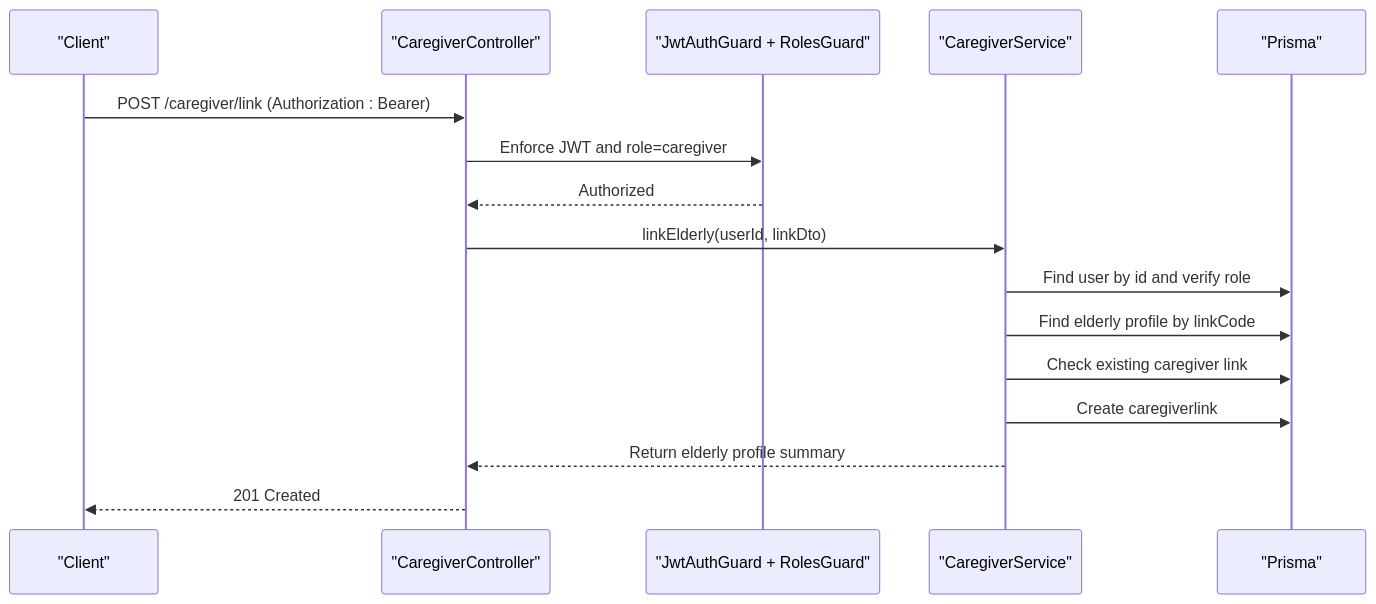
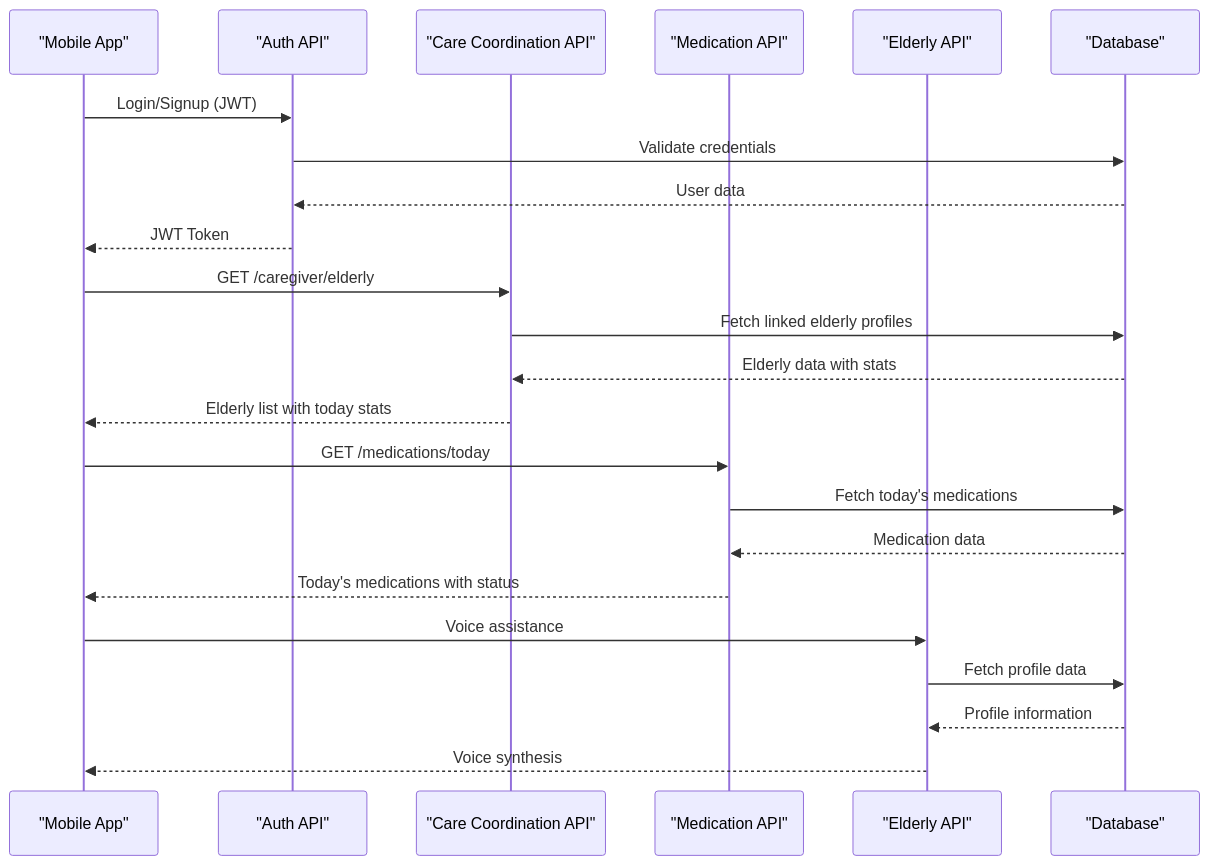
Before and after one commit to jairosouza67/99-Pai: the third of 8 diagrams in .qoder/repowiki/en/content/Caregiver Integration.md, drawn with Mermaid. The commit also changed other lines of this file and 17 other files, not shown here.

````diff
--- a/.qoder/repowiki/en/content/Caregiver Integration.md
+++ b/.qoder/repowiki/en/content/Caregiver Integration.md
@@ -137,18 +214,25 @@
 ```mermaid
 sequenceDiagram
-participant Client as "Client"
-participant Ctrl as "CaregiverController"
-participant Guard as "JwtAuthGuard + RolesGuard"
-participant Svc as "CaregiverService"
-participant DB as "Prisma"
-Client->>Ctrl : POST /caregiver/link (Authorization : Bearer)
-Ctrl->>Guard : Enforce JWT and role=caregiver
-Guard-->>Ctrl : Authorized
-Ctrl->>Svc : linkElderly(userId, linkDto)
-Svc->>DB : Find user by id and verify role
-Svc->>DB : Find elderly profile by linkCode
-Svc->>DB : Check existing caregiver link
-Svc->>DB : Create caregiverlink
-Svc-->>Ctrl : Return elderly profile summary
-Ctrl-->>Client : 201 Created
+participant Mobile as "Mobile App"
+participant AuthAPI as "Auth API"
+participant CareAPI as "Care Coordination API"
+participant MedAPI as "Medication API"
+participant ElderlyAPI as "Elderly API"
+participant DB as "Database"
+Mobile->>AuthAPI : Login/Signup (JWT)
+AuthAPI->>DB : Validate credentials
+DB-->>AuthAPI : User data
+AuthAPI-->>Mobile : JWT Token
+Mobile->>CareAPI : GET /caregiver/elderly
+CareAPI->>DB : Fetch linked elderly profiles
+DB-->>CareAPI : Elderly data with stats
+CareAPI-->>Mobile : Elderly list with today stats
+Mobile->>MedAPI : GET /medications/today
+MedAPI->>DB : Fetch today's medications
+DB-->>MedAPI : Medication data
+MedAPI-->>Mobile : Today's medications with status
+Mobile->>ElderlyAPI : Voice assistance
+ElderlyAPI->>DB : Fetch profile data
+DB-->>ElderlyAPI : Profile information
+ElderlyAPI-->>Mobile : Voice synthesis
 ```
````
